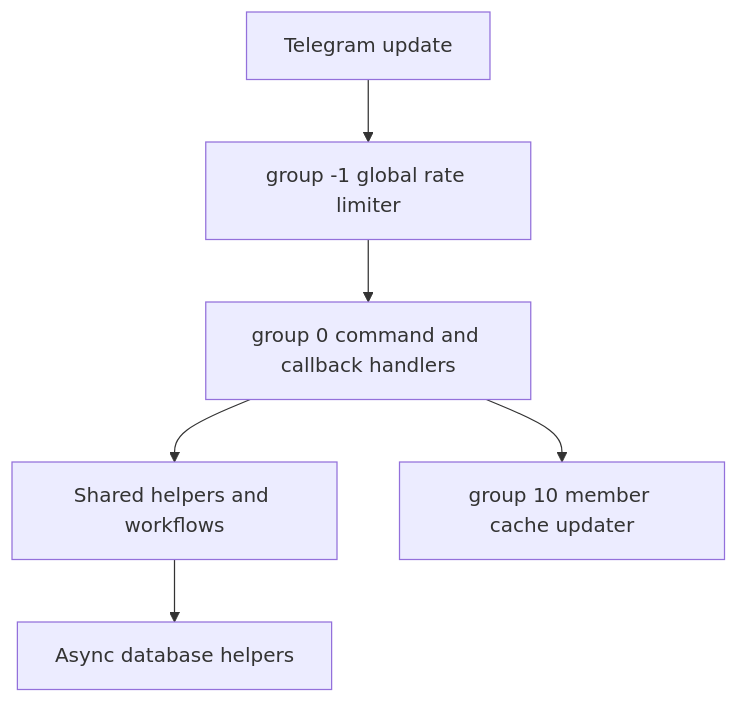
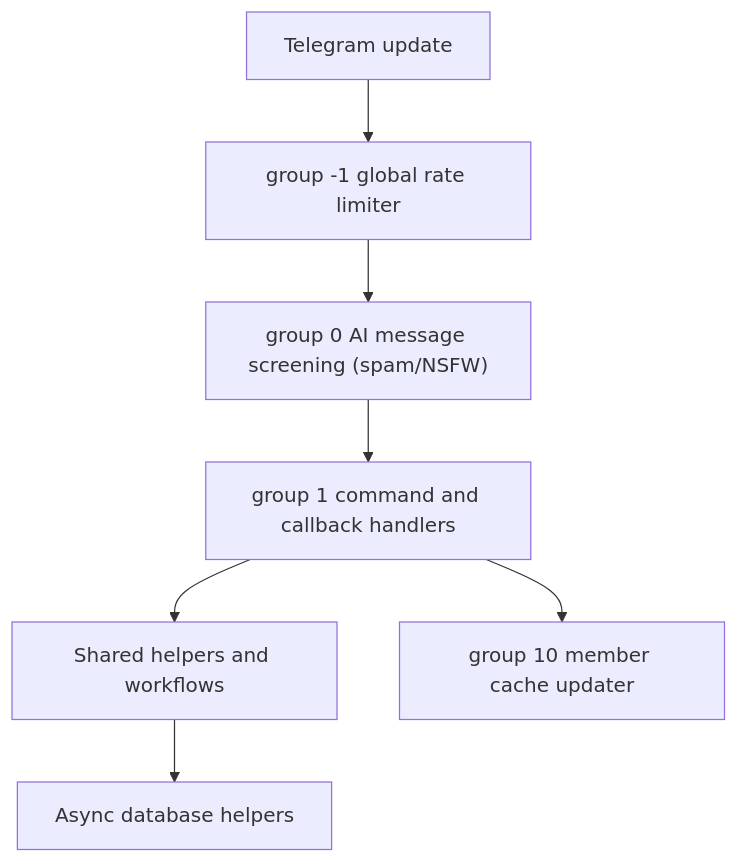
The second of 2 diagrams in PLAN.md (D1ZZY4/tcbot), drawn with Mermaid before and after one commit. The commit also changed other lines of this file and 18 other files, not shown here.

Commit message:
added `spr-bot-reference/` as a reference implementation of AI moderation features, including spam and NSFW detection using Ollama, feedback loops, and message reporting. This serves as a practical guide for implementing the planned AI moderation features in `tcbot/`.

````diff
--- a/PLAN.md
+++ b/PLAN.md
@@ -51,8 +53,9 @@
 ```mermaid
 flowchart TD
-    Update[Telegram update] --> GlobalLimit[group -1 global rate limiter]
-    GlobalLimit --> ModuleHandlers[group 0 command and callback handlers]
-    ModuleHandlers --> Helpers[Shared helpers and workflows]
-    Helpers --> DbHelpers[Async database helpers]
-    ModuleHandlers --> CacheUpdater[group 10 member cache updater]
+Update[Telegram update] --> GlobalLimit[group -1 global rate limiter]
+GlobalLimit --> AIScreening["group 0 AI message screening (spam/NSFW)"]
+AIScreening --> ModuleHandlers[group 1 command and callback handlers]
+ModuleHandlers --> Helpers[Shared helpers and workflows]
+Helpers --> DbHelpers[Async database helpers]
+ModuleHandlers --> CacheUpdater[group 10 member cache updater]
 ```
````
